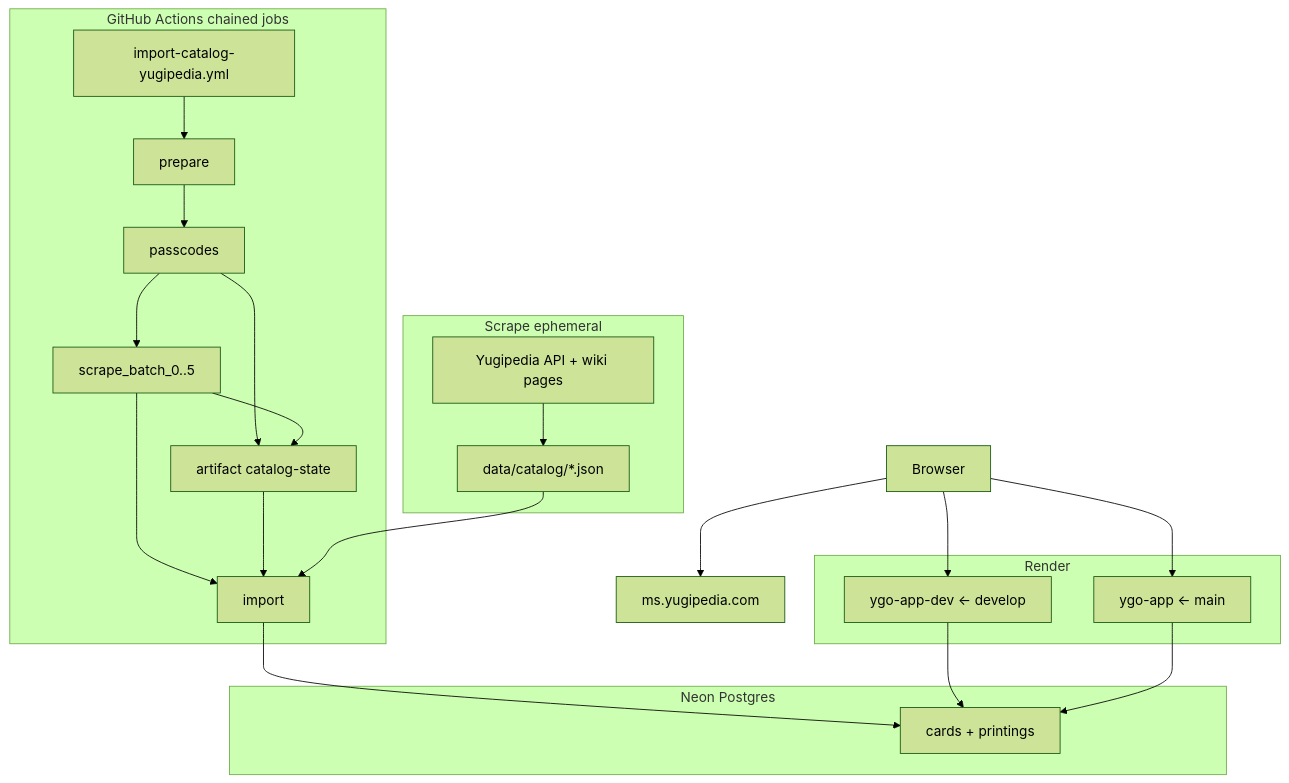
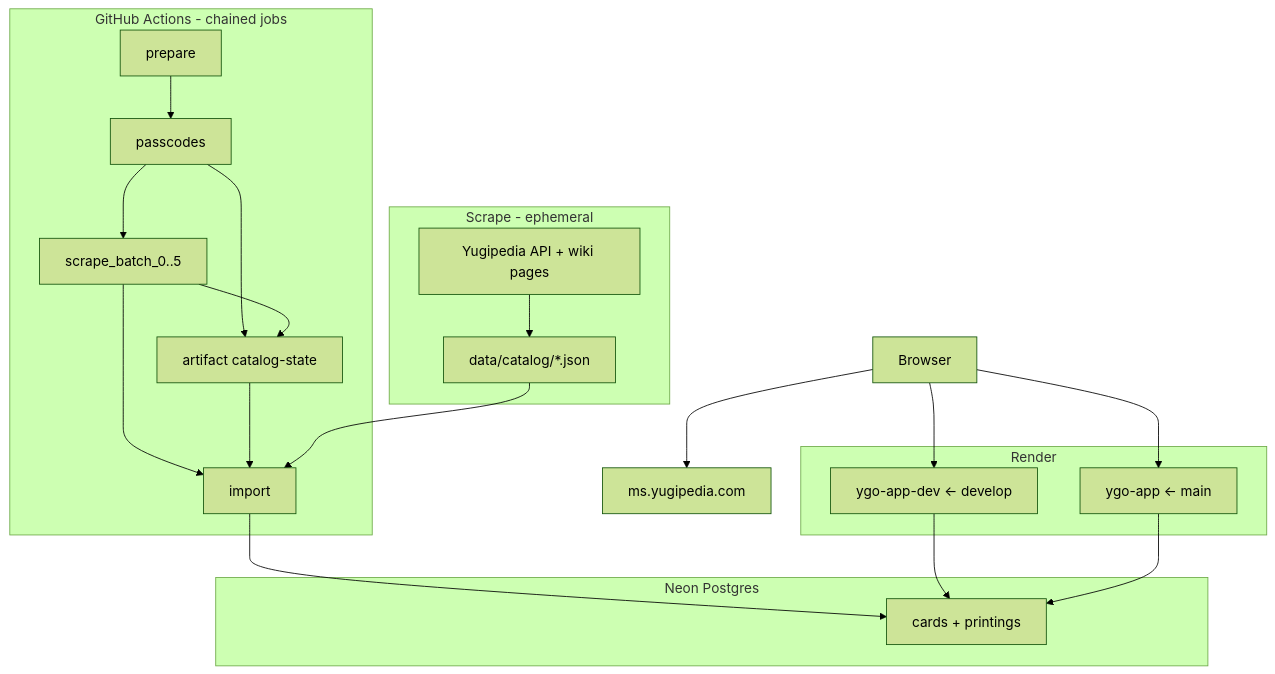
The diagram in agent_handoff.md (egera24/YGO-DB), drawn with Mermaid (forest theme) before and after one commit. The commit also changed other lines of this file, not shown here.

````diff
--- a/agent_handoff.md
+++ b/agent_handoff.md
@@ -47,34 +54,24 @@
 ```mermaid
 flowchart TB
-  subgraph scrape [Scrape ephemeral]
-    Wiki[Yugipedia API + wiki pages]
-    JSON["data/catalog/*.json"]
-    Wiki --> JSON
+  subgraph scrape [Scrape - ephemeral]
+    Wiki[Yugipedia API + wiki pages] --> JSON["data/catalog/*.json"]
   end
-  subgraph gha [GitHub Actions chained jobs]
-    WF["import-catalog-yugipedia.yml"]
-    P[prepare]
-    PC[passcodes]
-    B0[scrape_batch_0..5]
-    IM[import]
-    Art["artifact catalog-state"]
-    WF --> P --> PC --> B0 --> IM
-    PC --> Art
-    B0 --> Art
-    Art --> IM
+  subgraph gha [GitHub Actions - chained jobs]
+    P[prepare] --> PC[passcodes] --> B0[scrape_batch_0..5] --> IM[import]
+    PC --> Art["artifact catalog-state"]
+    B0 --> Art --> IM
   end
   subgraph neon [Neon Postgres]
     Cards[cards + printings]
   end
   subgraph render [Render]
-    DevWeb["ygo-app-dev ← develop"]
-    ProdWeb["ygo-app ← main"]
+    DevWeb["ygo-app-dev <- develop"]
+    ProdWeb["ygo-app <- main"]
   end
-  JSON --> IM
-  IM --> Cards
+  JSON --> IM --> Cards
   DevWeb --> Cards
   ProdWeb --> Cards
   Browser --> DevWeb
   Browser --> ProdWeb
   Browser --> CDN["ms.yugipedia.com"]
 ```
````
